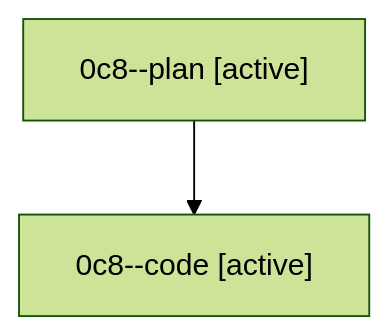
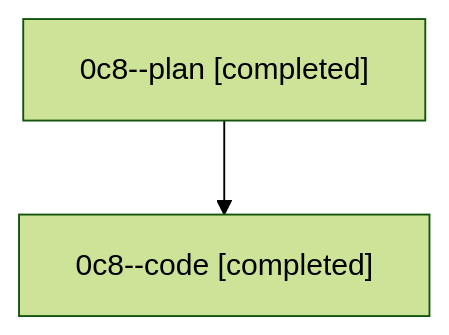
Before and after one commit to sase-org/sase--agents: the diagram in families/bbugyi200.athena.0c8.md, drawn with Mermaid (forest theme). The commit also changed other lines of this file and 24 other files, not shown here.

````diff
--- a/families/bbugyi200.athena.0c8.md
+++ b/families/bbugyi200.athena.0c8.md
@@ -9,6 +9,6 @@
 ```mermaid
 flowchart TD
-  n0["0c8--plan [active]"]
-  n1["0c8--code [active]"]
+  n0["0c8--plan [completed]"]
+  n1["0c8--code [completed]"]
   n0 --> n1
 ```
````
